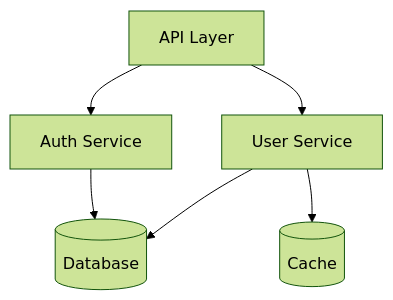
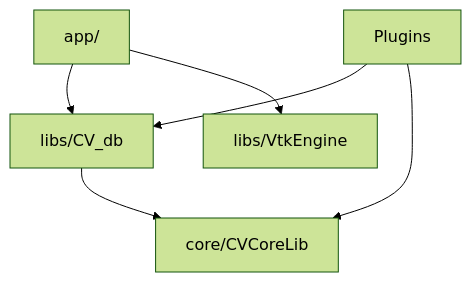
Before and after one commit to Asher-1/ACloudViewer: the fourth of 4 diagrams in .agents/skills/codebase-summarizer/SKILL.md, drawn with Mermaid (forest theme). The commit also changed other lines of this file and 42 other files, not shown here.

````diff
--- a/.agents/skills/codebase-summarizer/SKILL.md
+++ b/.agents/skills/codebase-summarizer/SKILL.md
@@ -327,8 +308,8 @@
 ```mermaid
 graph TB
-    API[API Layer] --> Auth[Auth Service]
-    API --> Users[User Service]
-    Auth --> DB[(Database)]
-    Users --> DB
-    Users --> Cache[(Cache)]
+    App[app/] --> Db[libs/CV_db]
+    App --> View[libs/VtkEngine]
+    Plugins --> Db
+    Plugins --> Core[core/CVCoreLib]
+    Db --> Core
 ```
````
